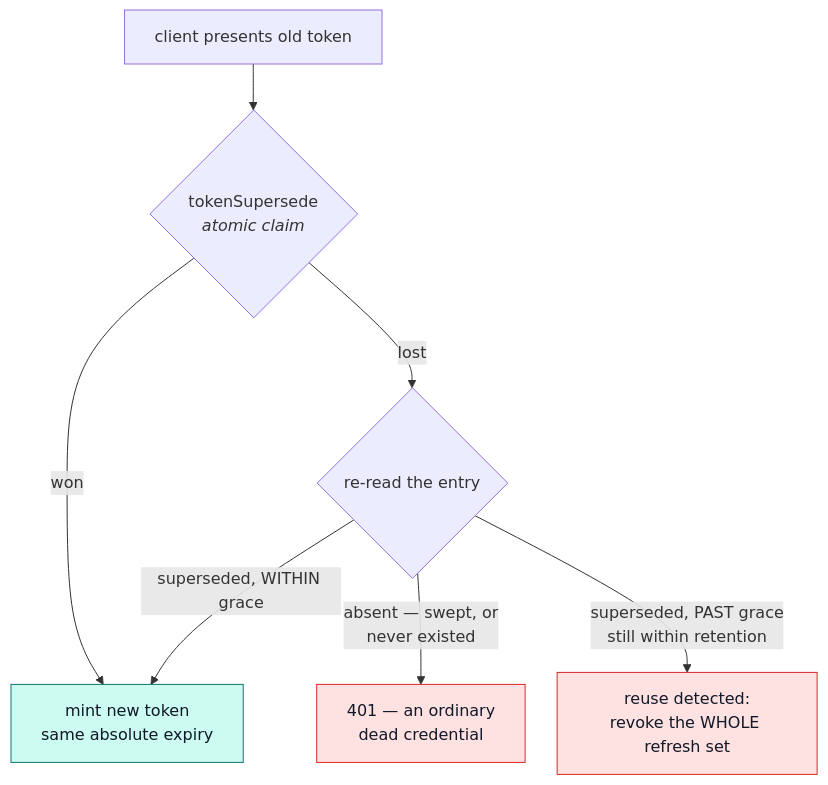
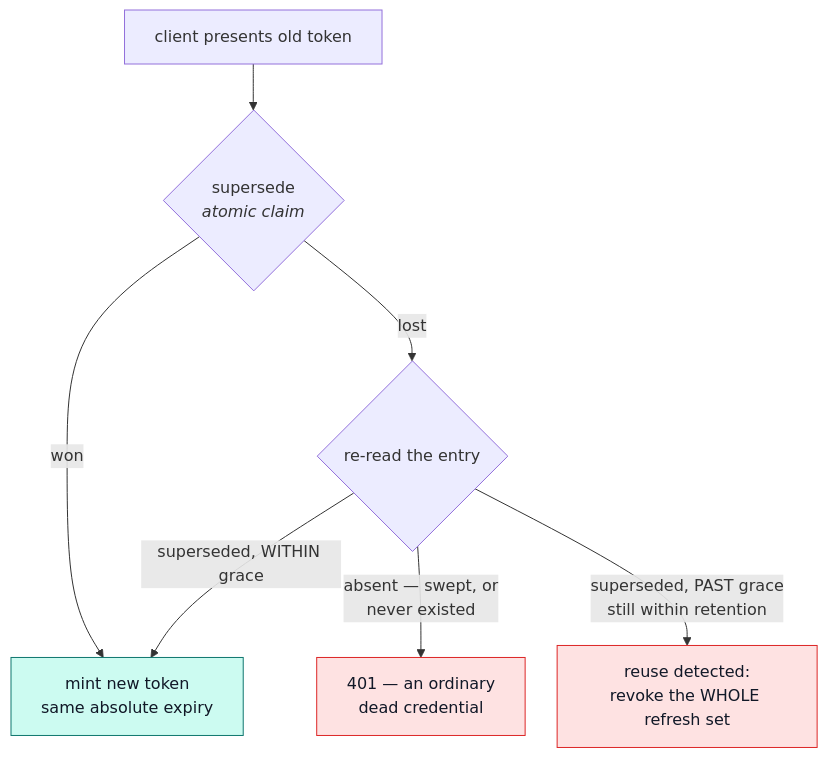
The sixth of 6 diagrams in docs/modules/account-sessions.md (Guebbit/boilerplate-node-backend), drawn with Mermaid before and after one commit. The commit also changed other lines of this file and 105 other files, not shown here.

````diff
--- a/docs/modules/account-sessions.md
+++ b/docs/modules/account-sessions.md
@@ -338,15 +393,15 @@
 ```mermaid
 %%{init: {'flowchart': {'nodeSpacing': 32, 'rankSpacing': 46}}}%%
 flowchart TD
-    C["client presents old token"] --> S{"tokenSupersede<br/><i>atomic claim</i>"}
+    C["client presents old token"] --> S{"supersede<br/><i>atomic claim</i>"}
     S -->|"won"| N["mint new token<br/>same absolute expiry"]
     S -->|"lost"| R{"re-read the entry"}
     R -->|"absent — swept, or<br/>never existed"| F["401 — an ordinary<br/>dead credential"]
     R -->|"superseded, WITHIN grace"| N
     R -->|"superseded, PAST grace<br/>still within retention"| X["reuse detected:<br/>revoke the WHOLE refresh set"]
 
     classDef ok fill:#ccfbf1,stroke:#0f766e,color:#111827;
     classDef bad fill:#fee2e2,stroke:#dc2626,color:#111827;
     class N ok;
     class F,X bad;
 ```
````
